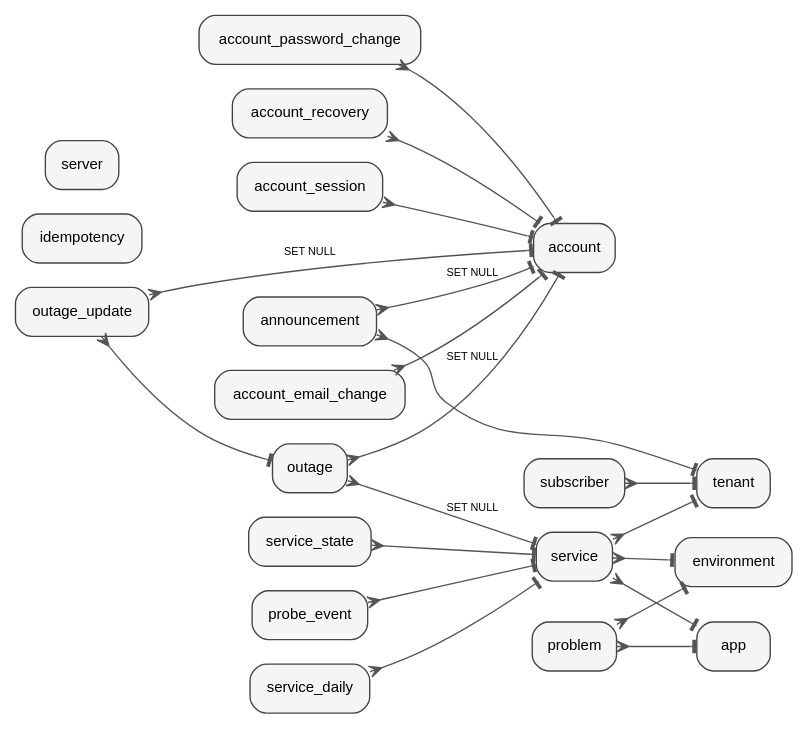
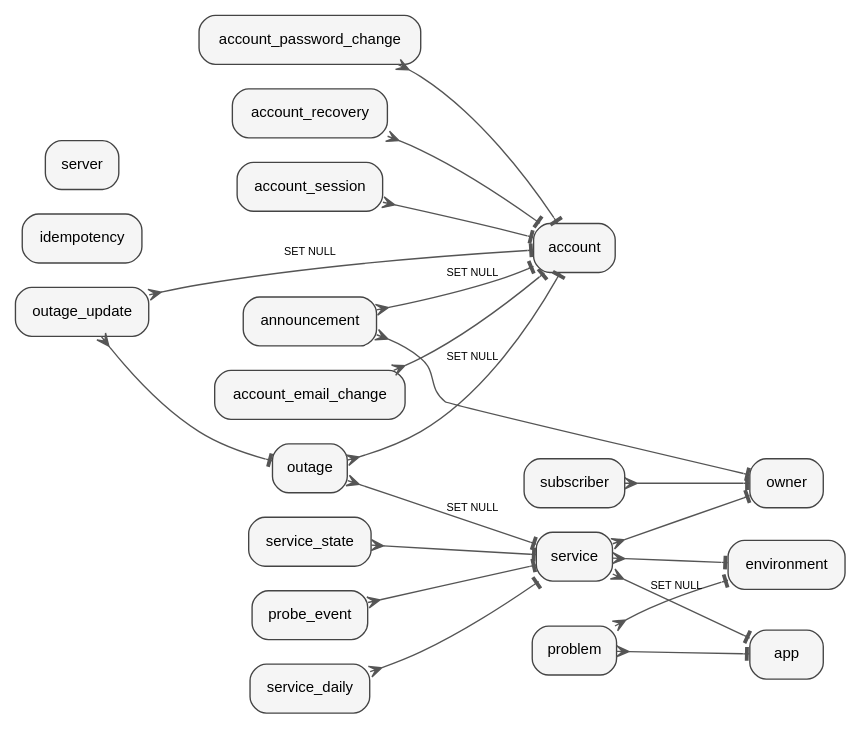
Before and after one commit to daniel-miller/bump: the diagram in db/schema.dot, drawn with Graphviz. The commit also changed 82 other files, not shown here.

```diff
--- a/db/schema.dot
+++ b/db/schema.dot
@@ -1,53 +1,53 @@
 /*
  * bump schema ER diagram (crow's foot notation). GENERATED FILE -
  * regenerate with db/export-schema.ps1; do not edit by hand.
  *
  * Edges go child -> parent: crow = many (child side), tee = one (parent
  * side). Non-CASCADE delete rules are labelled.
  */
 digraph bump_schema {
     rankdir=LR;
     bgcolor="white";
     node [shape=box, style="filled,rounded", fillcolor="#f5f5f5", fontname="Helvetica", fontsize=11, color="#444444"];
     edge [fontname="Helvetica", fontsize=8, color="#555555", dir=both, arrowsize=0.9];
 
     account;
     account_email_change;
     account_password_change;
     account_recovery;
     account_session;
     announcement;
     app;
     environment;
     idempotency;
     outage;
     outage_update;
+    owner;
     probe_event;
     problem;
     server;
     service;
     service_daily;
     service_state;
     subscriber;
-    tenant;
 
     account_email_change -> account [arrowtail=crow, arrowhead=tee];
     account_password_change -> account [arrowtail=crow, arrowhead=tee];
     account_recovery -> account [arrowtail=crow, arrowhead=tee];
     account_session -> account [arrowtail=crow, arrowhead=tee];
     announcement -> account [arrowtail=crow, arrowhead=tee label="SET NULL"];
-    announcement -> tenant [arrowtail=crow, arrowhead=tee];
+    announcement -> owner [arrowtail=crow, arrowhead=tee];
     outage -> account [arrowtail=crow, arrowhead=tee label="SET NULL"];
     outage -> service [arrowtail=crow, arrowhead=tee label="SET NULL"];
     outage_update -> account [arrowtail=crow, arrowhead=tee label="SET NULL"];
     outage_update -> outage [arrowtail=crow, arrowhead=tee];
     probe_event -> service [arrowtail=crow, arrowhead=tee];
     problem -> app [arrowtail=crow, arrowhead=tee];
     problem -> environment [arrowtail=crow, arrowhead=tee];
-    service -> app [arrowtail=crow, arrowhead=tee];
+    service -> app [arrowtail=crow, arrowhead=tee label="SET NULL"];
     service -> environment [arrowtail=crow, arrowhead=tee];
-    service -> tenant [arrowtail=crow, arrowhead=tee];
+    service -> owner [arrowtail=crow, arrowhead=tee];
     service_daily -> service [arrowtail=crow, arrowhead=tee];
     service_state -> service [arrowtail=crow, arrowhead=tee];
-    subscriber -> tenant [arrowtail=crow, arrowhead=tee];
+    subscriber -> owner [arrowtail=crow, arrowhead=tee];
 }
```
